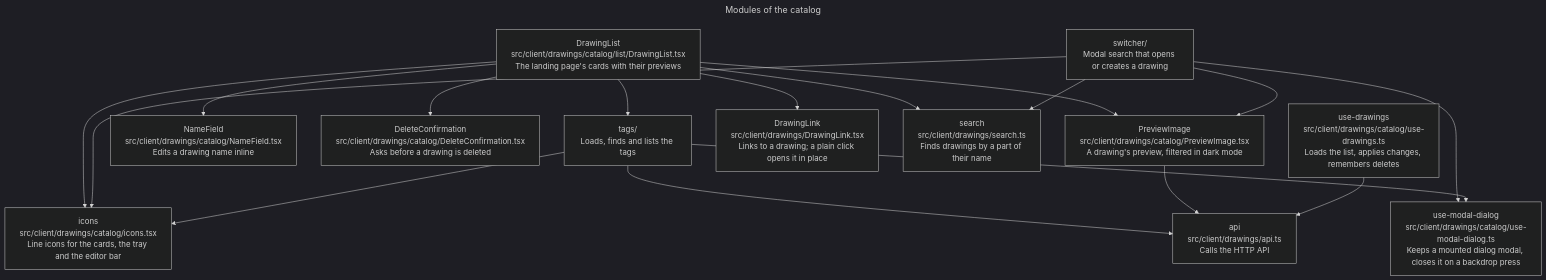
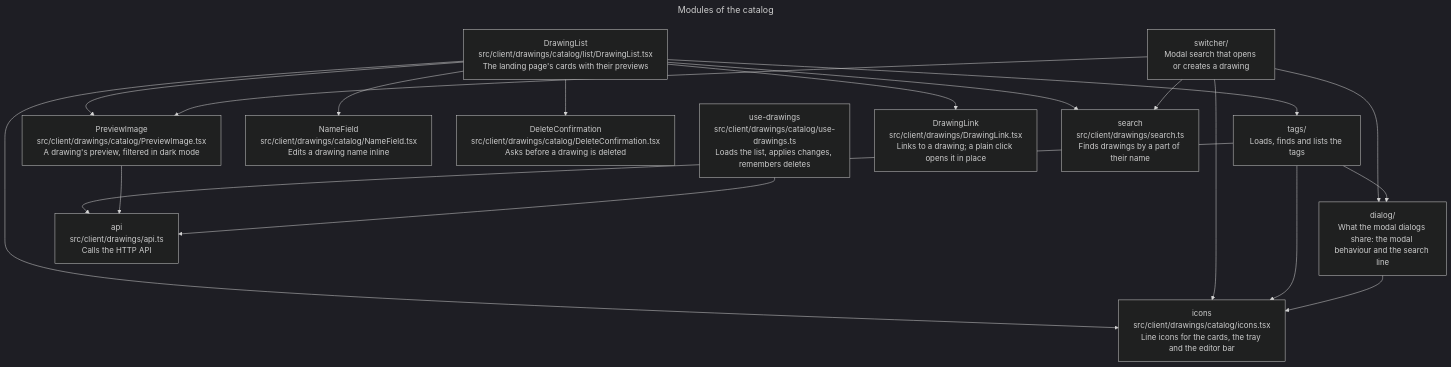
The seventh of 11 diagrams in docs/architecture/architecture.md (remshams/excalidraw-dashboard), drawn with Mermaid (dark theme) before and after one commit. The commit also changed other lines of this file and 1 other file, not shown here.

Commit message:
docs(Architecture): describe the shared dialog folder

````diff
--- a/docs/architecture/architecture.md
+++ b/docs/architecture/architecture.md
@@ -214,23 +214,24 @@
 ```mermaid
 ---
 title: Modules of the catalog
 ---
 flowchart TD
     list["DrawingList<br>src/client/drawings/catalog/list/DrawingList.tsx<br>The landing page's cards with their previews"]:::module
     switcher["switcher/<br>Modal search that opens or creates a drawing"]:::group
     tags["tags/<br>Loads, finds and lists the tags"]:::group
     previewImage["PreviewImage<br>src/client/drawings/catalog/PreviewImage.tsx<br>A drawing's preview, filtered in dark mode"]:::module
     name["NameField<br>src/client/drawings/catalog/NameField.tsx<br>Edits a drawing name inline"]:::module
     confirm["DeleteConfirmation<br>src/client/drawings/catalog/DeleteConfirmation.tsx<br>Asks before a drawing is deleted"]:::module
     icons["icons<br>src/client/drawings/catalog/icons.tsx<br>Line icons for the cards, the tray and the editor bar"]:::module
     drawings["use-drawings<br>src/client/drawings/catalog/use-drawings.ts<br>Loads the list, applies changes, remembers deletes"]:::module
-    modal["use-modal-dialog<br>src/client/drawings/catalog/use-modal-dialog.ts<br>Keeps a mounted dialog modal, closes it on a backdrop press"]:::module
+    dialog["dialog/<br>What the modal dialogs share: the modal behaviour and the search line"]:::group
     link["DrawingLink<br>src/client/drawings/DrawingLink.tsx<br>Links to a drawing; a plain click opens it in place"]:::module
     api["api<br>src/client/drawings/api.ts<br>Calls the HTTP API"]:::module
     search["search<br>src/client/drawings/search.ts<br>Finds drawings by a part of their name"]:::module
     list --> name & confirm & icons & link & previewImage & search & tags
-    switcher --> icons & modal & previewImage & search
-    tags --> icons & modal & api
+    switcher --> icons & dialog & previewImage & search
+    tags --> icons & dialog & api
+    dialog --> icons
     previewImage --> api
     drawings --> api
 ```
````
